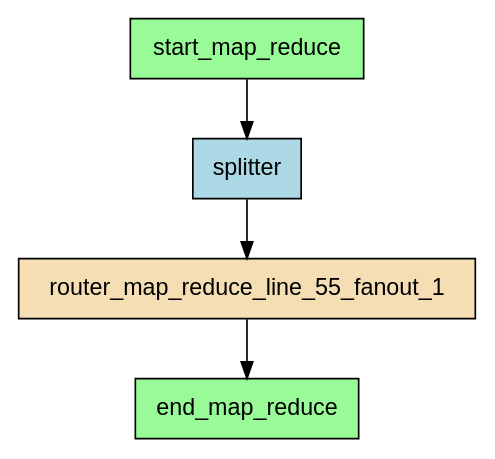
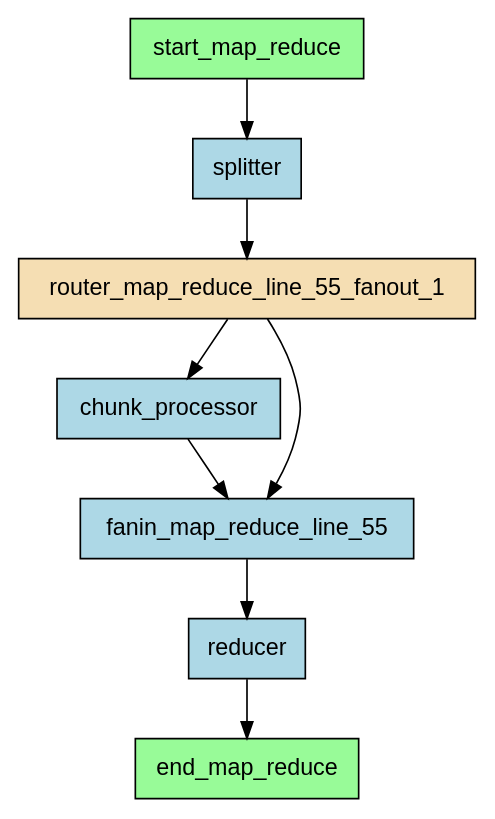
The diagram in examples/flows/agentic/compiled/map_reduce/flow.dot (deliveryhero/asya), drawn with Graphviz before and after one commit. The commit also changed 108 other files, not shown here.

```diff
--- a/examples/flows/agentic/compiled/map_reduce/flow.dot
+++ b/examples/flows/agentic/compiled/map_reduce/flow.dot
@@ -1,13 +1,20 @@
 digraph "map_reduce" {
     rankdir=TB;
     node [shape=box, style=filled, fontname="Helvetica"];
 
+    chunk_processor [label="chunk_processor", fillcolor=lightblue];
     end_map_reduce [label="end_map_reduce", fillcolor=palegreen];
+    fanin_map_reduce_line_55 [label="fanin_map_reduce_line_55", fillcolor=lightblue];
+    reducer [label="reducer", fillcolor=lightblue];
     router_map_reduce_line_55_fanout_1 [label="router_map_reduce_line_55_fanout_1", fillcolor=wheat];
     splitter [label="splitter", fillcolor=lightblue];
     start_map_reduce [label="start_map_reduce", fillcolor=palegreen];
 
     start_map_reduce -> splitter;
     splitter -> router_map_reduce_line_55_fanout_1;
-    router_map_reduce_line_55_fanout_1 -> end_map_reduce;
+    router_map_reduce_line_55_fanout_1 -> fanin_map_reduce_line_55;
+    fanin_map_reduce_line_55 -> reducer;
+    router_map_reduce_line_55_fanout_1 -> chunk_processor;
+    chunk_processor -> fanin_map_reduce_line_55;
+    reducer -> end_map_reduce;
 }
```
